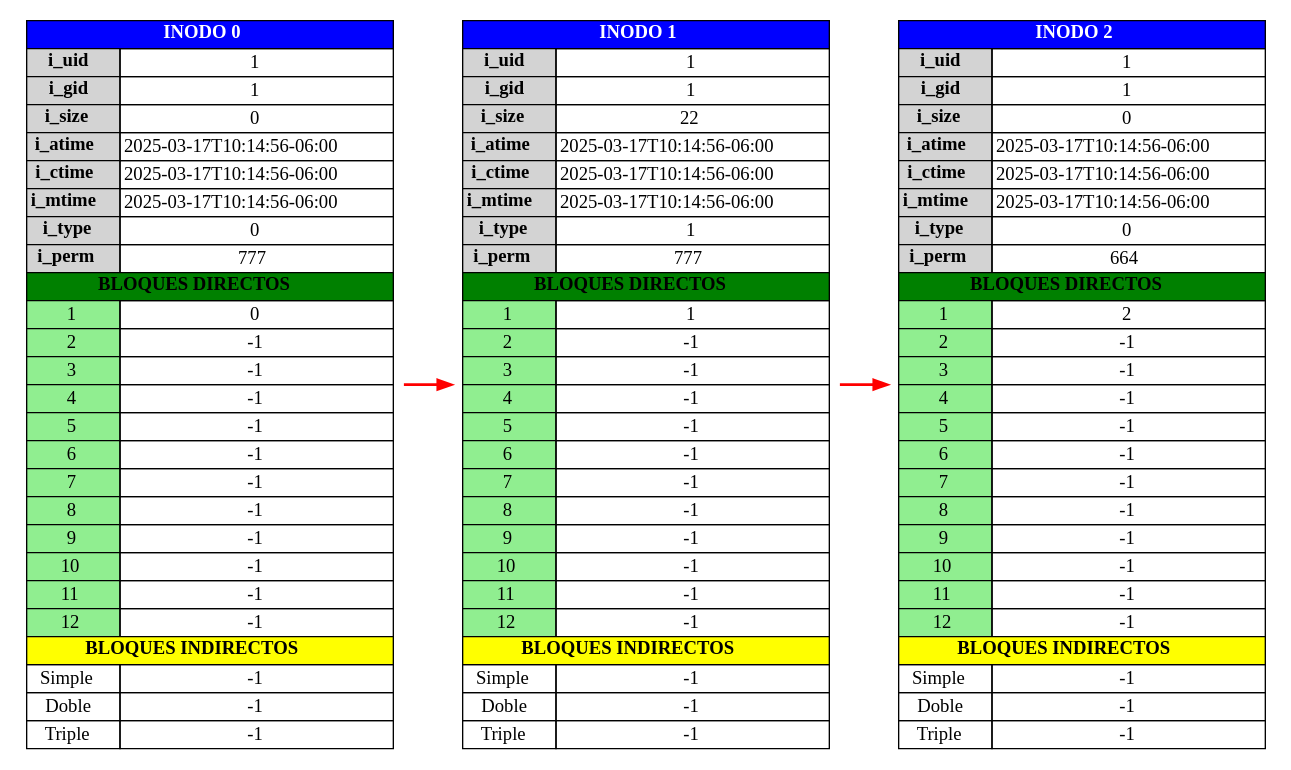
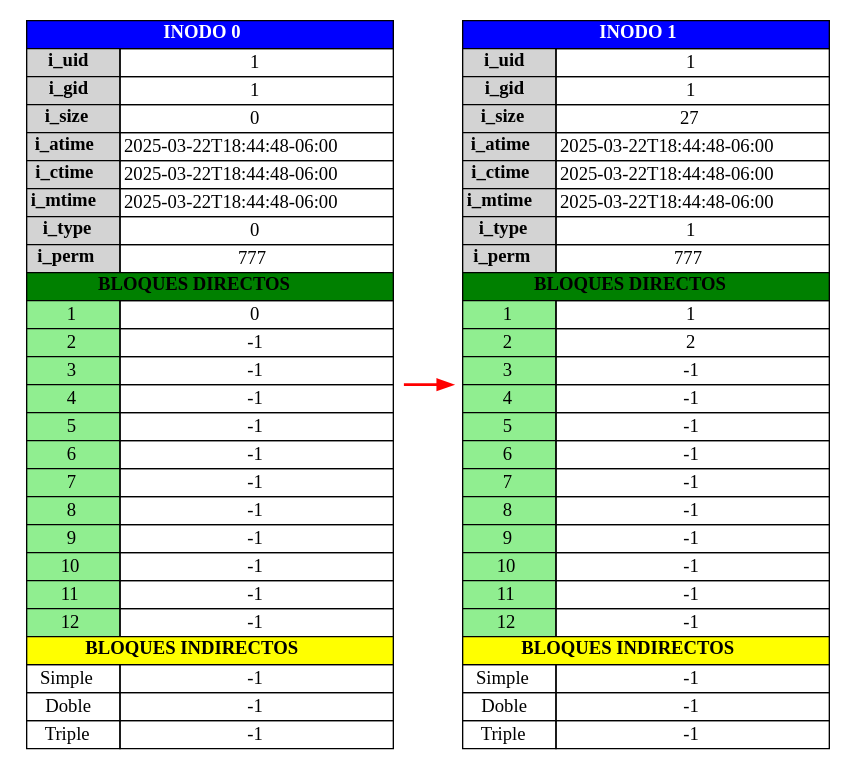
The diagram in backend/output/report_inode.dot (AbdielOtzoy/MIA_1S2025_P1_202300350), drawn with Graphviz before and after one commit. The commit also changed 20 other files, not shown here.

```diff
--- a/backend/output/report_inode.dot
+++ b/backend/output/report_inode.dot
@@ -1,60 +1,41 @@
 digraph G {
         rankdir=LR; // Alineación horizontal
         node [shape=plaintext]
     inode0 [label=<
             <table border="0" cellborder="1" cellspacing="0">
                 <tr><td colspan="2" bgcolor="blue"><font color="white"><b>INODO 0</b></font></td></tr>
                 <tr><td bgcolor="lightgray"><b>i_uid</b></td><td>1</td></tr>
                 <tr><td bgcolor="lightgray"><b>i_gid</b></td><td>1</td></tr>
                 <tr><td bgcolor="lightgray"><b>i_size</b></td><td>0</td></tr>
-                <tr><td bgcolor="lightgray"><b>i_atime</b></td><td>2025-03-17T10:14:56-06:00</td></tr>
-                <tr><td bgcolor="lightgray"><b>i_ctime</b></td><td>2025-03-17T10:14:56-06:00</td></tr>
-                <tr><td bgcolor="lightgray"><b>i_mtime</b></td><td>2025-03-17T10:14:56-06:00</td></tr>
+                <tr><td bgcolor="lightgray"><b>i_atime</b></td><td>2025-03-22T18:44:48-06:00</td></tr>
+                <tr><td bgcolor="lightgray"><b>i_ctime</b></td><td>2025-03-22T18:44:48-06:00</td></tr>
+                <tr><td bgcolor="lightgray"><b>i_mtime</b></td><td>2025-03-22T18:44:48-06:00</td></tr>
                 <tr><td bgcolor="lightgray"><b>i_type</b></td><td>0</td></tr>
                 <tr><td bgcolor="lightgray"><b>i_perm</b></td><td>777</td></tr>
                 <tr><td colspan="2" bgcolor="green"><b>BLOQUES DIRECTOS</b></td></tr>
             <tr><td bgcolor='lightgreen'>1</td><td>0</td></tr><tr><td bgcolor='lightgreen'>2</td><td>-1</td></tr><tr><td bgcolor='lightgreen'>3</td><td>-1</td></tr><tr><td bgcolor='lightgreen'>4</td><td>-1</td></tr><tr><td bgcolor='lightgreen'>5</td><td>-1</td></tr><tr><td bgcolor='lightgreen'>6</td><td>-1</td></tr><tr><td bgcolor='lightgreen'>7</td><td>-1</td></tr><tr><td bgcolor='lightgreen'>8</td><td>-1</td></tr><tr><td bgcolor='lightgreen'>9</td><td>-1</td></tr><tr><td bgcolor='lightgreen'>10</td><td>-1</td></tr><tr><td bgcolor='lightgreen'>11</td><td>-1</td></tr><tr><td bgcolor='lightgreen'>12</td><td>-1</td></tr>
                 <tr><td colspan="2" bgcolor="yellow"><b>BLOQUES INDIRECTOS</b></td></tr>
                 <tr><td>Simple</td><td>-1</td></tr>
                 <tr><td>Doble</td><td>-1</td></tr>
                 <tr><td>Triple</td><td>-1</td></tr>
             </table>>];
         inode0 -> inode1 [color=red, penwidth=2];
 inode1 [label=<
             <table border="0" cellborder="1" cellspacing="0">
                 <tr><td colspan="2" bgcolor="blue"><font color="white"><b>INODO 1</b></font></td></tr>
                 <tr><td bgcolor="lightgray"><b>i_uid</b></td><td>1</td></tr>
                 <tr><td bgcolor="lightgray"><b>i_gid</b></td><td>1</td></tr>
-                <tr><td bgcolor="lightgray"><b>i_size</b></td><td>22</td></tr>
-                <tr><td bgcolor="lightgray"><b>i_atime</b></td><td>2025-03-17T10:14:56-06:00</td></tr>
-                <tr><td bgcolor="lightgray"><b>i_ctime</b></td><td>2025-03-17T10:14:56-06:00</td></tr>
-                <tr><td bgcolor="lightgray"><b>i_mtime</b></td><td>2025-03-17T10:14:56-06:00</td></tr>
+                <tr><td bgcolor="lightgray"><b>i_size</b></td><td>27</td></tr>
+                <tr><td bgcolor="lightgray"><b>i_atime</b></td><td>2025-03-22T18:44:48-06:00</td></tr>
+                <tr><td bgcolor="lightgray"><b>i_ctime</b></td><td>2025-03-22T18:44:48-06:00</td></tr>
+                <tr><td bgcolor="lightgray"><b>i_mtime</b></td><td>2025-03-22T18:44:48-06:00</td></tr>
                 <tr><td bgcolor="lightgray"><b>i_type</b></td><td>1</td></tr>
                 <tr><td bgcolor="lightgray"><b>i_perm</b></td><td>777</td></tr>
                 <tr><td colspan="2" bgcolor="green"><b>BLOQUES DIRECTOS</b></td></tr>
-            <tr><td bgcolor='lightgreen'>1</td><td>1</td></tr><tr><td bgcolor='lightgreen'>2</td><td>-1</td></tr><tr><td bgcolor='lightgreen'>3</td><td>-1</td></tr><tr><td bgcolor='lightgreen'>4</td><td>-1</td></tr><tr><td bgcolor='lightgreen'>5</td><td>-1</td></tr><tr><td bgcolor='lightgreen'>6</td><td>-1</td></tr><tr><td bgcolor='lightgreen'>7</td><td>-1</td></tr><tr><td bgcolor='lightgreen'>8</td><td>-1</td></tr><tr><td bgcolor='lightgreen'>9</td><td>-1</td></tr><tr><td bgcolor='lightgreen'>10</td><td>-1</td></tr><tr><td bgcolor='lightgreen'>11</td><td>-1</td></tr><tr><td bgcolor='lightgreen'>12</td><td>-1</td></tr>
-                <tr><td colspan="2" bgcolor="yellow"><b>BLOQUES INDIRECTOS</b></td></tr>
-                <tr><td>Simple</td><td>-1</td></tr>
-                <tr><td>Doble</td><td>-1</td></tr>
-                <tr><td>Triple</td><td>-1</td></tr>
-            </table>>];
-        inode1 -> inode2 [color=red, penwidth=2];
-inode2 [label=<
-            <table border="0" cellborder="1" cellspacing="0">
-                <tr><td colspan="2" bgcolor="blue"><font color="white"><b>INODO 2</b></font></td></tr>
-                <tr><td bgcolor="lightgray"><b>i_uid</b></td><td>1</td></tr>
-                <tr><td bgcolor="lightgray"><b>i_gid</b></td><td>1</td></tr>
-                <tr><td bgcolor="lightgray"><b>i_size</b></td><td>0</td></tr>
-                <tr><td bgcolor="lightgray"><b>i_atime</b></td><td>2025-03-17T10:14:56-06:00</td></tr>
-                <tr><td bgcolor="lightgray"><b>i_ctime</b></td><td>2025-03-17T10:14:56-06:00</td></tr>
-                <tr><td bgcolor="lightgray"><b>i_mtime</b></td><td>2025-03-17T10:14:56-06:00</td></tr>
-                <tr><td bgcolor="lightgray"><b>i_type</b></td><td>0</td></tr>
-                <tr><td bgcolor="lightgray"><b>i_perm</b></td><td>664</td></tr>
-                <tr><td colspan="2" bgcolor="green"><b>BLOQUES DIRECTOS</b></td></tr>
-            <tr><td bgcolor='lightgreen'>1</td><td>2</td></tr><tr><td bgcolor='lightgreen'>2</td><td>-1</td></tr><tr><td bgcolor='lightgreen'>3</td><td>-1</td></tr><tr><td bgcolor='lightgreen'>4</td><td>-1</td></tr><tr><td bgcolor='lightgreen'>5</td><td>-1</td></tr><tr><td bgcolor='lightgreen'>6</td><td>-1</td></tr><tr><td bgcolor='lightgreen'>7</td><td>-1</td></tr><tr><td bgcolor='lightgreen'>8</td><td>-1</td></tr><tr><td bgcolor='lightgreen'>9</td><td>-1</td></tr><tr><td bgcolor='lightgreen'>10</td><td>-1</td></tr><tr><td bgcolor='lightgreen'>11</td><td>-1</td></tr><tr><td bgcolor='lightgreen'>12</td><td>-1</td></tr>
+            <tr><td bgcolor='lightgreen'>1</td><td>1</td></tr><tr><td bgcolor='lightgreen'>2</td><td>2</td></tr><tr><td bgcolor='lightgreen'>3</td><td>-1</td></tr><tr><td bgcolor='lightgreen'>4</td><td>-1</td></tr><tr><td bgcolor='lightgreen'>5</td><td>-1</td></tr><tr><td bgcolor='lightgreen'>6</td><td>-1</td></tr><tr><td bgcolor='lightgreen'>7</td><td>-1</td></tr><tr><td bgcolor='lightgreen'>8</td><td>-1</td></tr><tr><td bgcolor='lightgreen'>9</td><td>-1</td></tr><tr><td bgcolor='lightgreen'>10</td><td>-1</td></tr><tr><td bgcolor='lightgreen'>11</td><td>-1</td></tr><tr><td bgcolor='lightgreen'>12</td><td>-1</td></tr>
                 <tr><td colspan="2" bgcolor="yellow"><b>BLOQUES INDIRECTOS</b></td></tr>
                 <tr><td>Simple</td><td>-1</td></tr>
                 <tr><td>Doble</td><td>-1</td></tr>
                 <tr><td>Triple</td><td>-1</td></tr>
             </table>>];
         }
```
